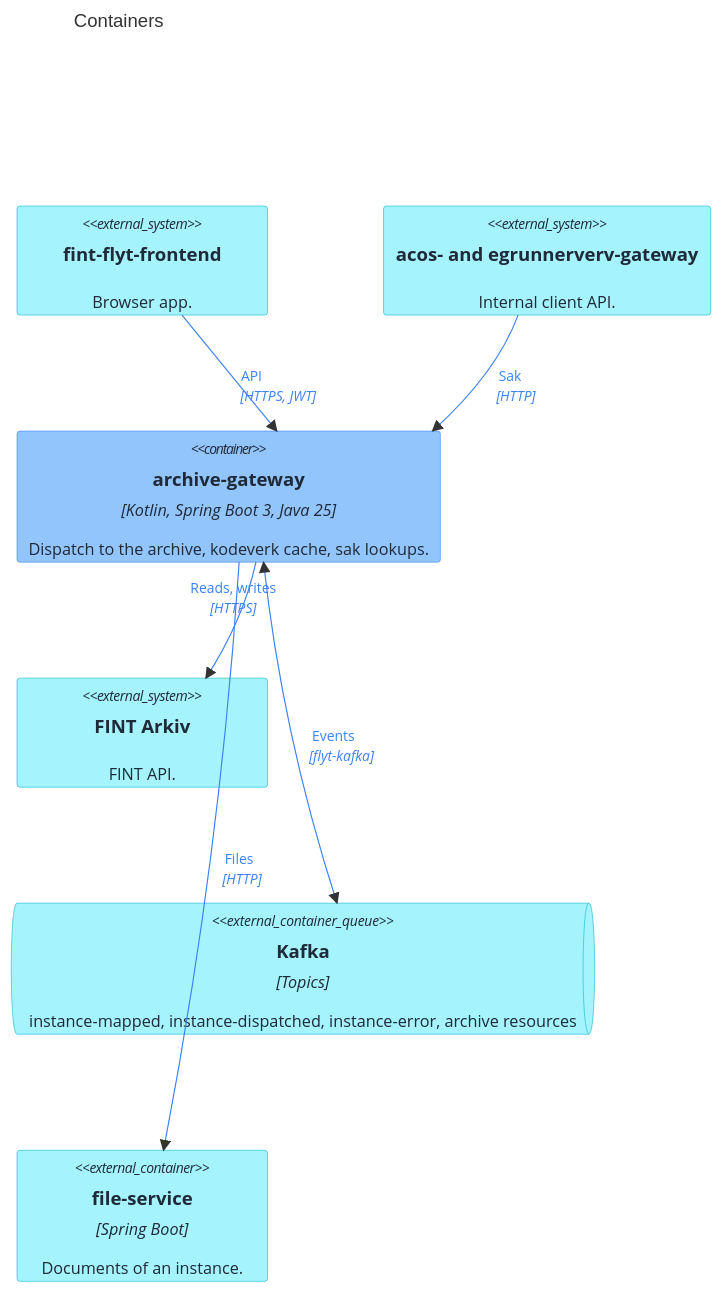
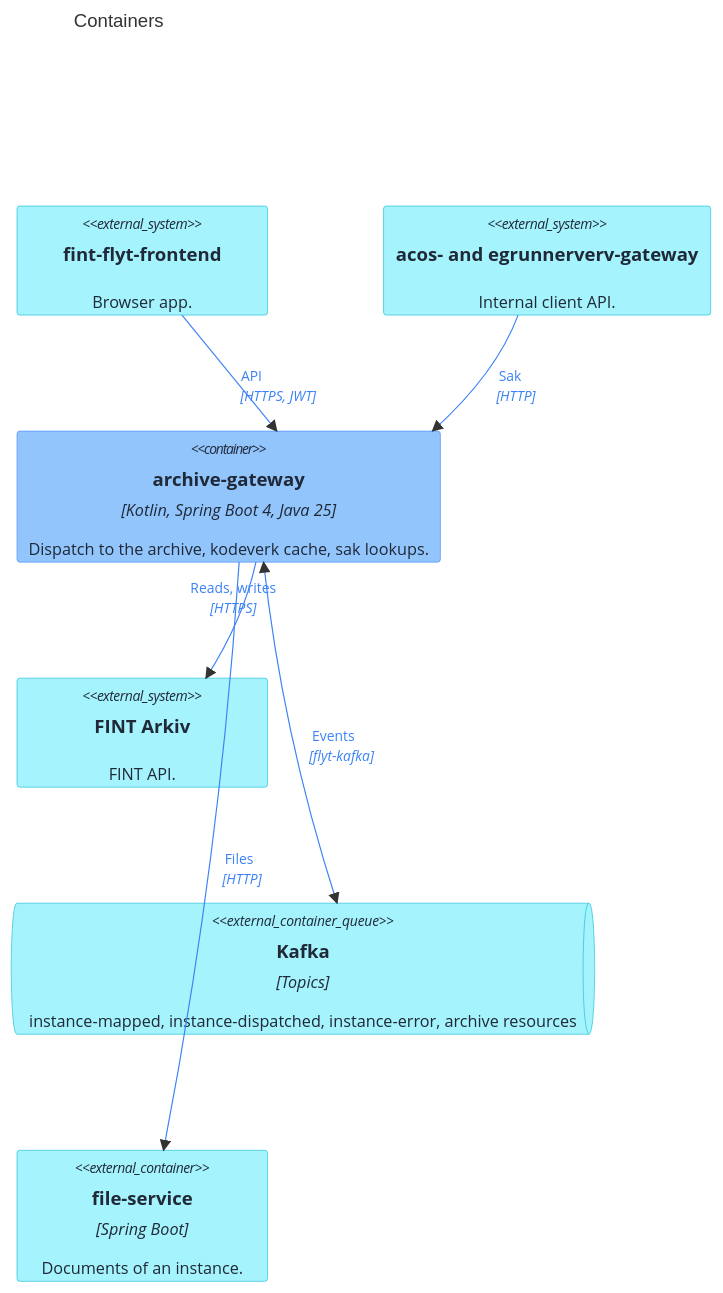
The second of 4 diagrams in docs/architecture.md (FINTLabs/fint-flyt-archive-gateway), drawn with Mermaid before and after one commit. The commit also changed other lines of this file and 100 other files, not shown here.

First line of the commit message:
build!: move to Spring Boot 4, flyt-kafka 8, flyt-cache 4 and flyt-security-starter

````diff
--- a/docs/architecture.md
+++ b/docs/architecture.md
@@ -55,30 +56,30 @@
 ```mermaid
 C4Container
     title Containers
 
     System_Ext(frontend, "fint-flyt-frontend", "Browser app.")
     System_Ext(gateways, "acos- and egrunnerverv-gateway", "Internal client API.")
-    Container(app, "archive-gateway", "Kotlin, Spring Boot 3, Java 25", "Dispatch to the archive, kodeverk cache, sak lookups.")
+    Container(app, "archive-gateway", "Kotlin, Spring Boot 4, Java 25", "Dispatch to the archive, kodeverk cache, sak lookups.")
     System_Ext(fint, "FINT Arkiv", "FINT API.")
     ContainerQueue_Ext(kafka, "Kafka", "Topics", "instance-mapped, instance-dispatched, instance-error, archive resources")
     Container_Ext(file, "file-service", "Spring Boot", "Documents of an instance.")
 
     Rel(frontend, app, "API", "HTTPS, JWT")
     Rel(gateways, app, "Sak", "HTTP")
     Rel(app, fint, "Reads, writes", "HTTPS")
     BiRel(app, kafka, "Events", "flyt-kafka")
     Rel(app, file, "Files", "HTTP")
 
     UpdateRelStyle(frontend, app, $textColor="#3B82F6", $lineColor="#3B82F6", $offsetX="10")
     UpdateRelStyle(gateways, app, $textColor="#3B82F6", $lineColor="#3B82F6", $offsetX="20")
     UpdateRelStyle(app, fint, $textColor="#3B82F6", $lineColor="#3B82F6", $offsetX="-35", $offsetY="-30")
     UpdateRelStyle(app, kafka, $textColor="#3B82F6", $lineColor="#3B82F6", $offsetX="10")
     UpdateRelStyle(app, file, $textColor="#3B82F6", $lineColor="#3B82F6", $offsetX="20")
     UpdateElementStyle(app, $bgColor="#93C5FD", $fontColor="#1F2937", $borderColor="#3B82F6")
     UpdateElementStyle(frontend, $bgColor="#A5F3FC", $fontColor="#1F2937", $borderColor="#06B6D4")
     UpdateElementStyle(gateways, $bgColor="#A5F3FC", $fontColor="#1F2937", $borderColor="#06B6D4")
     UpdateElementStyle(fint, $bgColor="#A5F3FC", $fontColor="#1F2937", $borderColor="#06B6D4")
     UpdateElementStyle(kafka, $bgColor="#A5F3FC", $fontColor="#1F2937", $borderColor="#06B6D4")
     UpdateElementStyle(file, $bgColor="#A5F3FC", $fontColor="#1F2937", $borderColor="#06B6D4")
     UpdateLayoutConfig($c4ShapeInRow="2", $c4BoundaryInRow="1")
 ```
````
